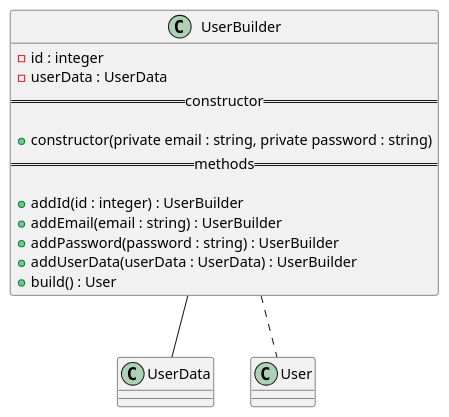
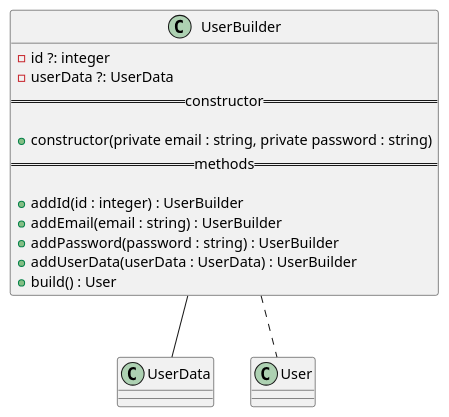
Before and after one commit to GruppOne/stalker-web-app: the diagram in docs/diagrams/classes/User/UserBuilder.pu, drawn with PlantUML. The commit also changed 16 other files, not shown here.

```diff
--- a/docs/diagrams/classes/User/UserBuilder.pu
+++ b/docs/diagrams/classes/User/UserBuilder.pu
@@ -1,19 +1,19 @@
 @startuml UserBuilder Diagram
 class UserBuilder {
-  - id : integer
-  - userData : UserData
+  - id ?: integer
+  - userData ?: UserData
   == constructor ==
 
   + constructor(private email : string, private password : string)
   == methods ==
 
   + addId(id : integer) : UserBuilder
   + addEmail(email : string) : UserBuilder
   + addPassword(password : string) : UserBuilder
   + addUserData(userData : UserData) : UserBuilder
   + build() : User
 }
 
 UserBuilder -- UserData
 UserBuilder .. User
 @enduml
```
